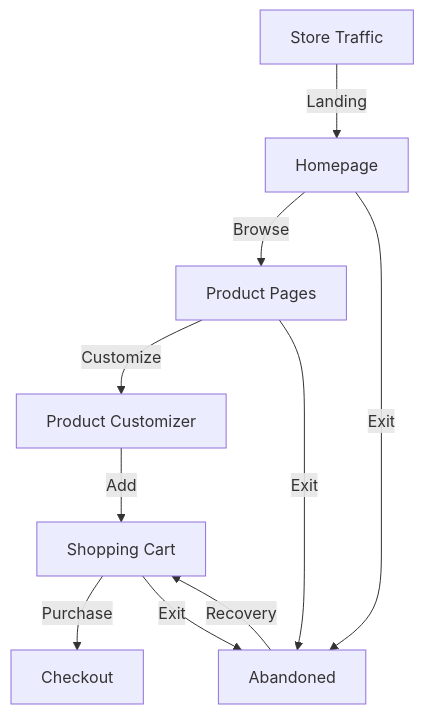
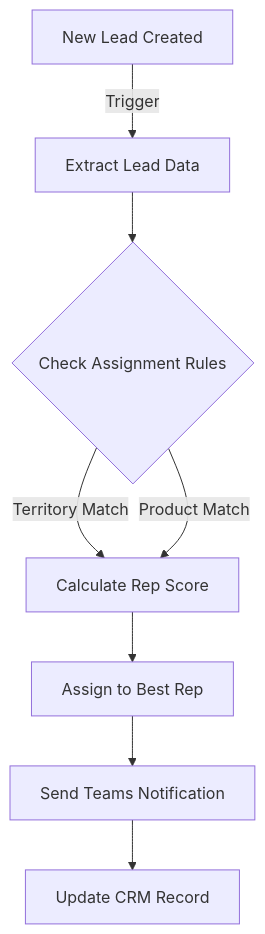
Before and after one commit to pavankakarrot/my-portfolio-website: the first of 7 diagrams in content/projects/powerbi/Index.md, drawn with Mermaid. The commit also changed other lines of this file and 19 other files, not shown here.

````diff
--- a/content/projects/powerbi/Index.md
+++ b/content/projects/powerbi/Index.md
@@ -146,13 +126,10 @@
 ```mermaid
 graph TD
-    A[Store Traffic] -->|Landing| B[Homepage]
-    B -->|Browse| C[Product Pages]
-    C -->|Customize| D[Product Customizer]
-    D -->|Add| E[Shopping Cart]
-    E -->|Purchase| F[Checkout]
-    
-    B -->|Exit| G[Abandoned]
-    C -->|Exit| G
-    E -->|Exit| G
-    G -->|Recovery| E
+    A[New Lead Created] -->|Trigger| B[Extract Lead Data]
+    B --> C{Check Assignment Rules}
+    C -->|Territory Match| D[Calculate Rep Score]
+    C -->|Product Match| D
+    D --> E[Assign to Best Rep]
+    E --> F[Send Teams Notification]
+    F --> G[Update CRM Record]
 ```
````
